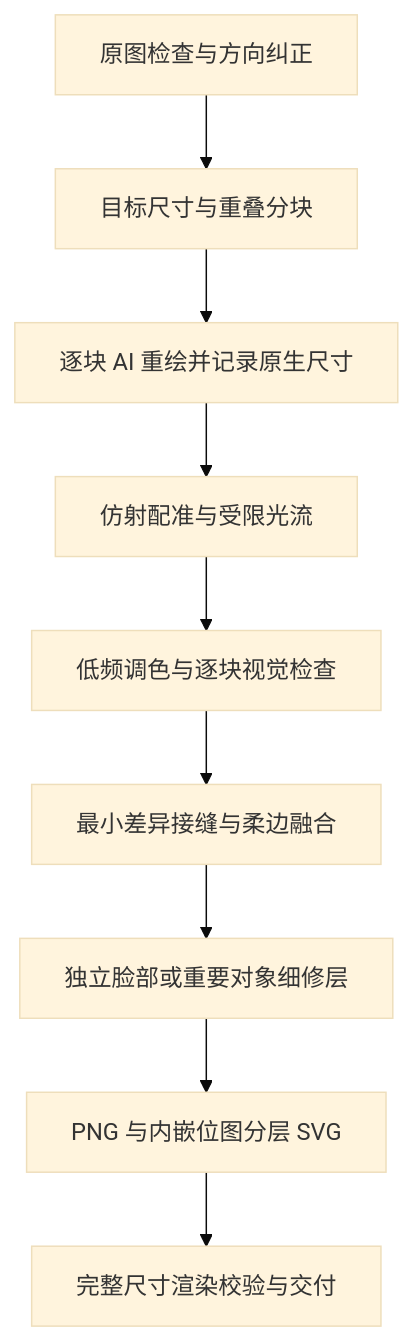
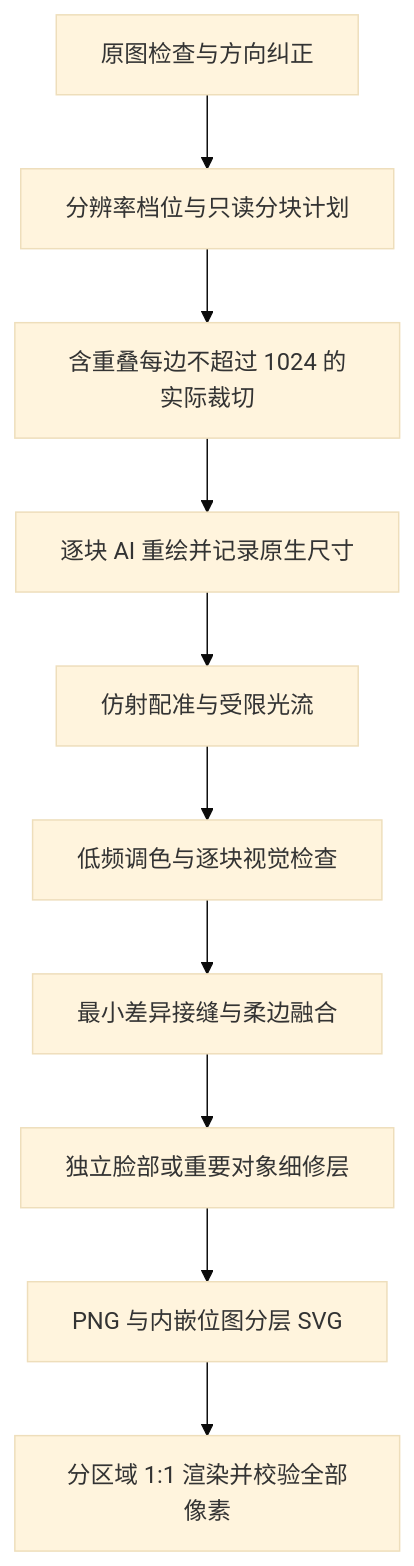
One commit to AKRTR465/GPT-upscale-skills changed the diagram in README.md. Above: the diagram before and after it, drawn with Mermaid (base theme). The commit also changed other lines of this file and 20 other files, not shown here.

````diff
--- a/README.md
+++ b/README.md
@@ -33,11 +33,12 @@
 ```mermaid
 flowchart TD
-    A[原图检查与方向纠正] --> B[目标尺寸与重叠分块]
-    B --> C[逐块 AI 重绘并记录原生尺寸]
+    A[原图检查与方向纠正] --> B[分辨率档位与只读分块计划]
+    B --> B2[含重叠每边不超过 1024 的实际裁切]
+    B2 --> C[逐块 AI 重绘并记录原生尺寸]
     C --> D[仿射配准与受限光流]
     D --> E[低频调色与逐块视觉检查]
     E --> F[最小差异接缝与柔边融合]
     F --> G[独立脸部或重要对象细修层]
     G --> H[PNG 与内嵌位图分层 SVG]
-    H --> I[完整尺寸渲染校验与交付]
+    H --> I[分区域 1:1 渲染并校验全部像素]
 ```
````
